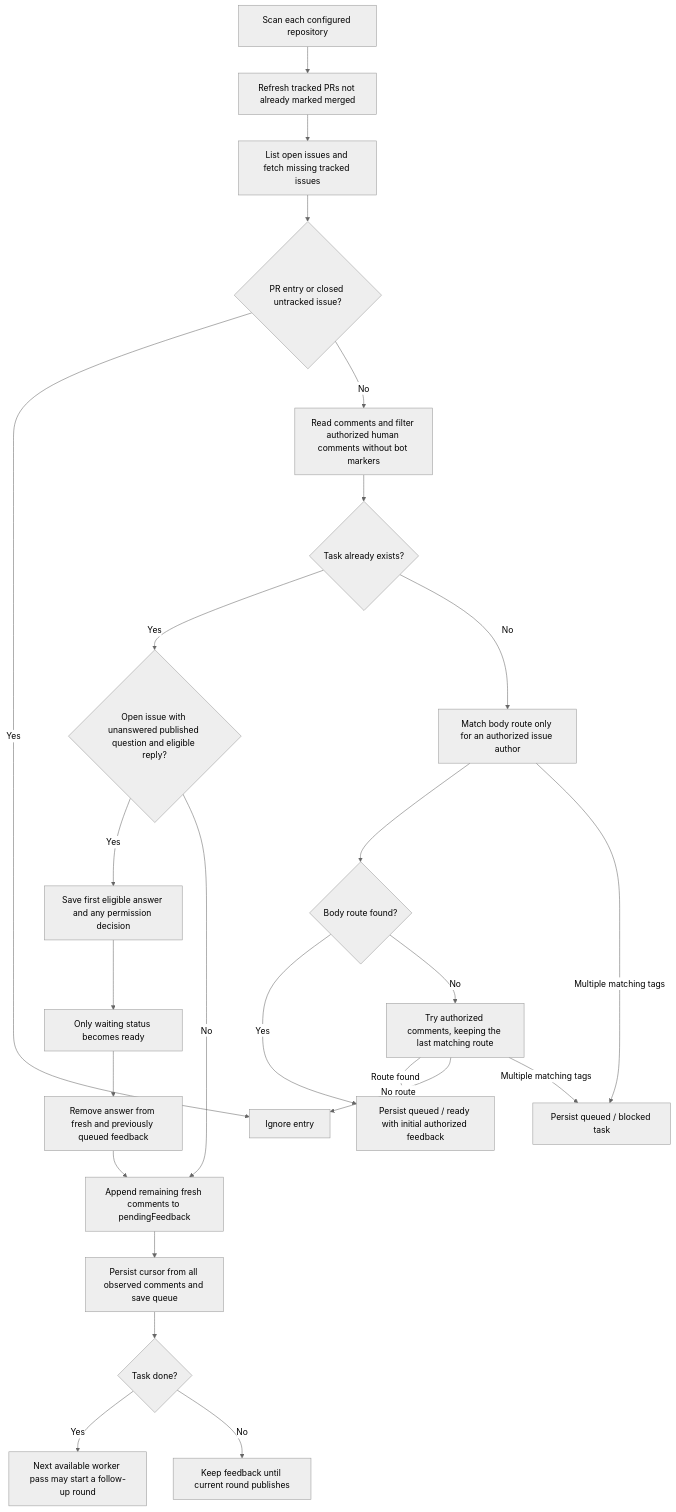
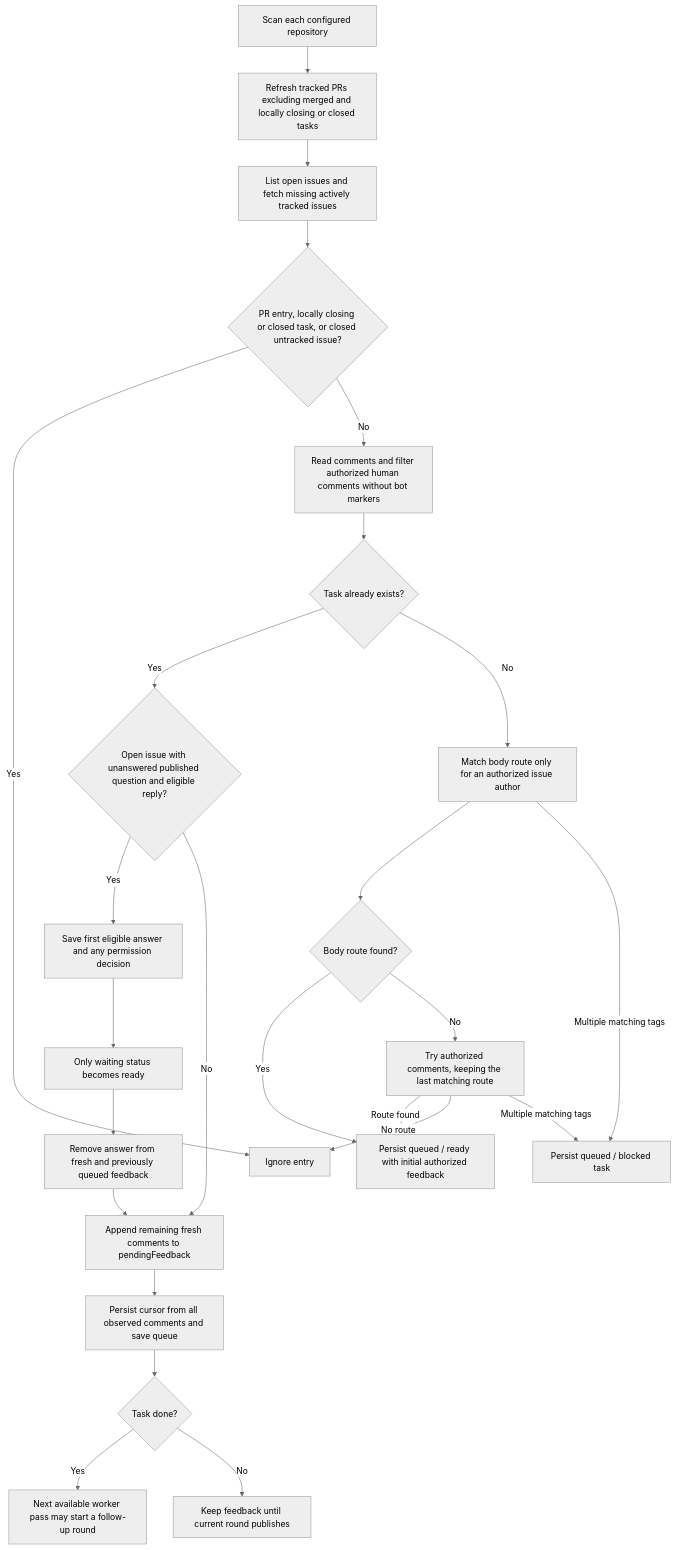
The second of 8 diagrams in docs/bot-workflow.md (d3cker/opencode2-github-automation), drawn with Mermaid (neutral theme) before and after one commit. The commit also changed other lines of this file and 18 other files, not shown here.

````diff
--- a/docs/bot-workflow.md
+++ b/docs/bot-workflow.md
@@ -92,27 +95,27 @@
 ```mermaid
 flowchart TD
-    Scan[Scan each configured repository] --> PRs[Refresh tracked PRs not already marked merged]
-    PRs --> Issues[List open issues and fetch missing tracked issues]
-    Issues --> Skip{PR entry or closed untracked issue?}
+    Scan[Scan each configured repository] --> PRs[Refresh tracked PRs excluding merged and locally closing or closed tasks]
+    PRs --> Issues[List open issues and fetch missing actively tracked issues]
+    Issues --> Skip{PR entry, locally closing or closed task, or closed untracked issue?}
     Skip -->|Yes| Ignore[Ignore entry]
     Skip -->|No| Comments[Read comments and filter authorized human comments without bot markers]
     Comments --> Tracked{Task already exists?}
     Tracked -->|Yes| Answer{Open issue with unanswered published question and eligible reply?}
     Answer -->|Yes| Accept[Save first eligible answer and any permission decision]
     Accept --> Ready[Only waiting status becomes ready]
     Ready --> Remaining[Remove answer from fresh and previously queued feedback]
     Answer -->|No| Feedback[Append remaining fresh comments to pendingFeedback]
     Remaining --> Feedback
     Feedback --> Cursor[Persist cursor from all observed comments and save queue]
     Cursor --> Gate{Task done?}
     Gate -->|Yes| Later[Next available worker pass may start a follow-up round]
     Gate -->|No| Retain[Keep feedback until current round publishes]
     Tracked -->|No| Body[Match body route only for an authorized issue author]
     Body --> Found{Body route found?}
     Found -->|Yes| Queue[Persist queued / ready with initial authorized feedback]
     Found -->|No| Route[Try authorized comments, keeping the last matching route]
     Route -->|Route found| Queue
     Route -->|No route| Ignore
     Body -->|Multiple matching tags| Block[Persist queued / blocked task]
     Route -->|Multiple matching tags| Block
 ```
````
